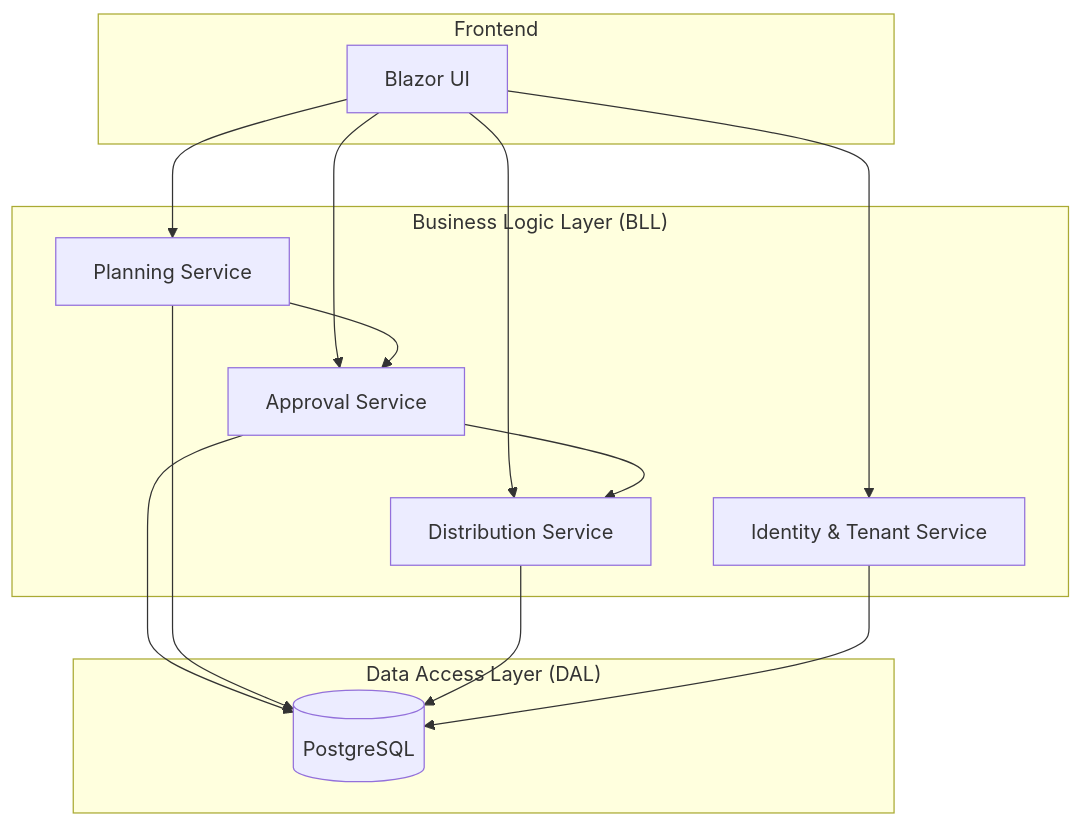
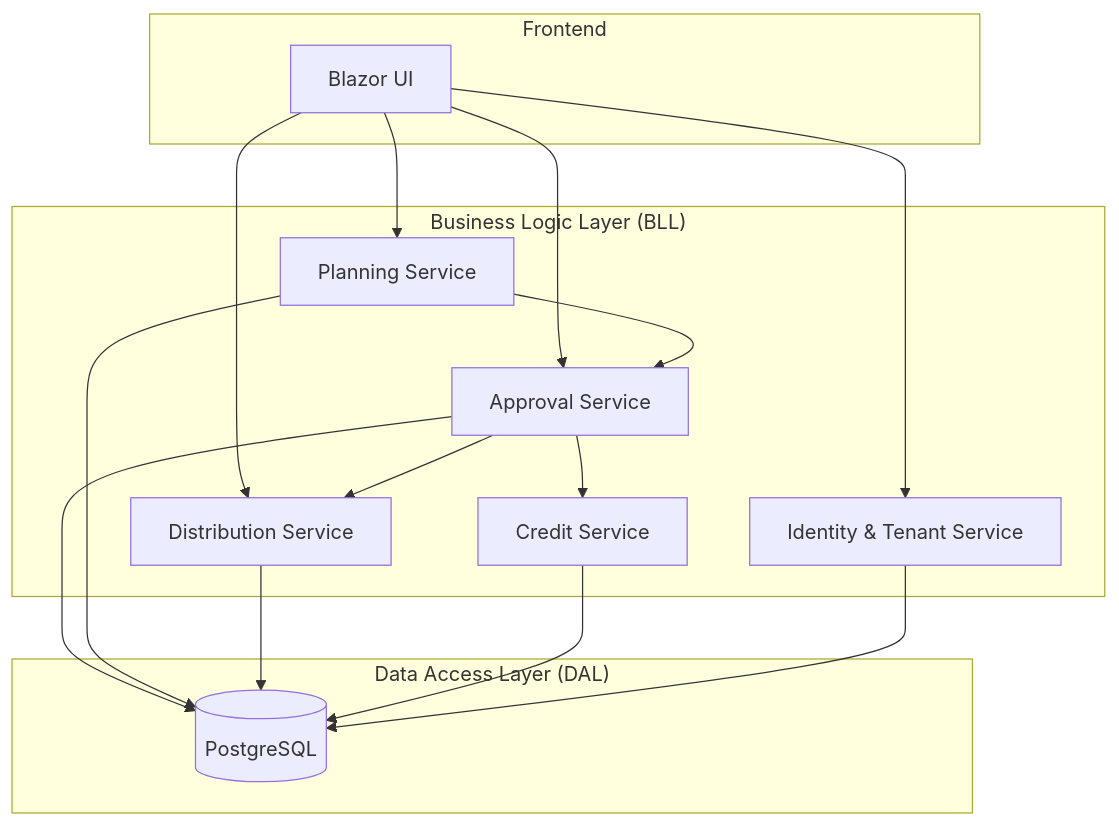
Before and after one commit to lamhongbac/NonCash: the first of 11 diagrams in .qoder/repowiki/en/content/Core Services Implementation/Approval Service.md, drawn with Mermaid. The commit also changed other lines of this file and 111 other files, not shown here.

````diff
--- a/.qoder/repowiki/en/content/Core Services Implementation/Approval Service.md
+++ b/.qoder/repowiki/en/content/Core Services Implementation/Approval Service.md
@@ -31,25 +46,28 @@
 ```mermaid
 graph TB
 subgraph "Frontend"
 UI["Blazor UI"]
 end
 subgraph "Business Logic Layer (BLL)"
 PlanningSvc["Planning Service"]
 ApprovalSvc["Approval Service"]
 DistributionSvc["Distribution Service"]
+CreditSvc["Credit Service"]
 IdentitySvc["Identity & Tenant Service"]
 end
 subgraph "Data Access Layer (DAL)"
 DB[("PostgreSQL")]
 end
 UI --> PlanningSvc
 UI --> ApprovalSvc
 UI --> DistributionSvc
 UI --> IdentitySvc
 PlanningSvc --> ApprovalSvc
 ApprovalSvc --> DistributionSvc
+ApprovalSvc --> CreditSvc
 ApprovalSvc --> DB
 PlanningSvc --> DB
 DistributionSvc --> DB
+CreditSvc --> DB
 IdentitySvc --> DB
 ```
````
